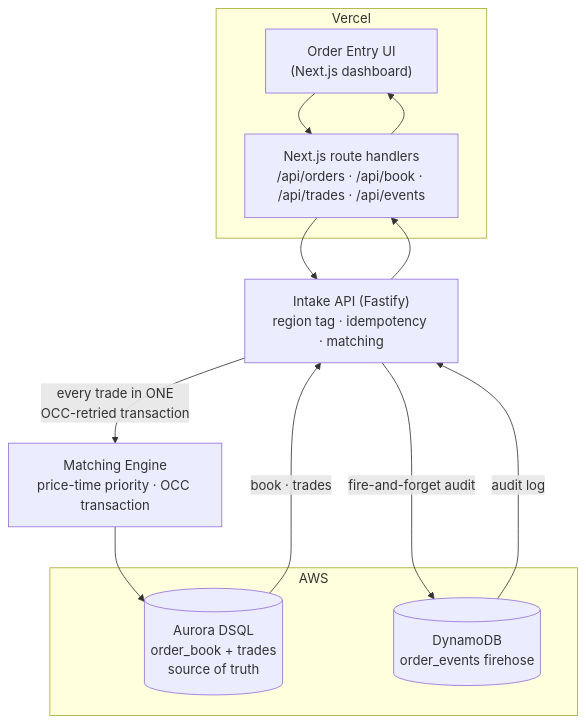
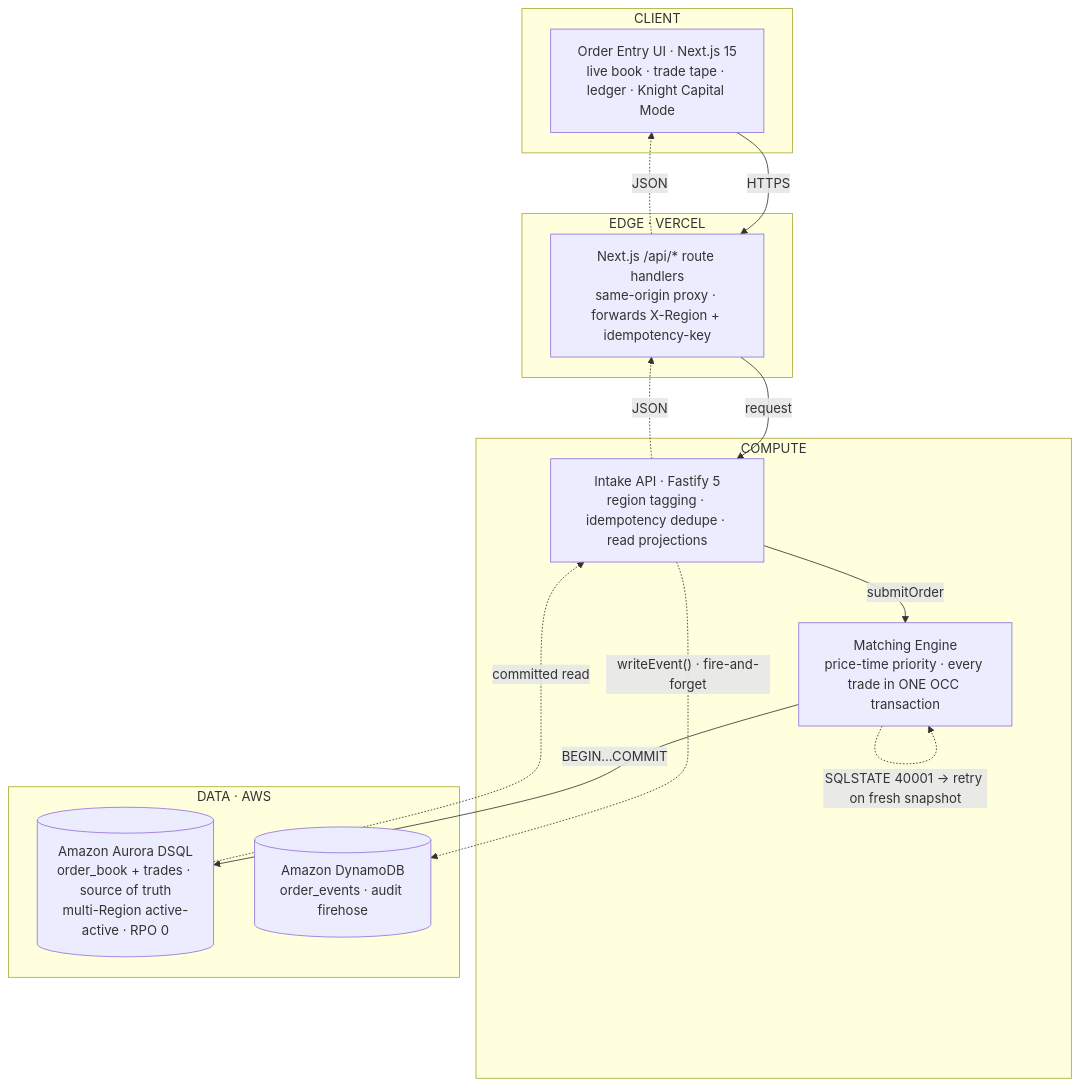
The diagram in docs/ARCHITECTURE.md (Unknown1502/axiom-exchange-core), drawn with Mermaid before and after one commit. The commit also changed other lines of this file and 15 other files, not shown here.

````diff
--- a/docs/ARCHITECTURE.md
+++ b/docs/ARCHITECTURE.md
@@ -9,20 +13,28 @@
 ```mermaid
 flowchart TD
-  UI["Order Entry UI<br/>(Next.js dashboard)"]
-  subgraph Vercel["Vercel"]
-    UI
-    PROXY["Next.js route handlers<br/>/api/orders · /api/book · /api/trades · /api/events"]
-  end
-  API["Intake API (Fastify)<br/>region tag · idempotency · matching"]
-  ENGINE["Matching Engine<br/>price-time priority · OCC transaction"]
-  subgraph AWS["AWS"]
-    DSQL[("Aurora DSQL<br/>order_book + trades<br/>source of truth")]
-    DDB[("DynamoDB<br/>order_events firehose")]
+  subgraph Client["CLIENT"]
+    UI["Order Entry UI · Next.js 15<br/>live book · trade tape · ledger · Knight Capital Mode"]
   end
 
-  UI --> PROXY --> API
-  API -->|"every trade in ONE<br/>OCC-retried transaction"| ENGINE --> DSQL
-  API -->|"fire-and-forget audit"| DDB
-  DSQL -->|book · trades| API --> PROXY --> UI
-  DDB -->|audit log| API
+  subgraph Vercel["EDGE · VERCEL"]
+    PROXY["Next.js /api/* route handlers<br/>same-origin proxy · forwards X-Region + idempotency-key"]
+  end
+
+  subgraph Compute["COMPUTE"]
+    API["Intake API · Fastify 5<br/>region tagging · idempotency dedupe · read projections"]
+    ENGINE["Matching Engine<br/>price-time priority · every trade in ONE OCC transaction"]
+  end
+
+  subgraph AWS["DATA · AWS"]
+    DSQL[("Amazon Aurora DSQL<br/>order_book + trades · source of truth<br/>multi-Region active-active · RPO 0")]
+    DDB[("Amazon DynamoDB<br/>order_events · audit firehose")]
+  end
+
+  UI -->|HTTPS| PROXY -->|request| API
+  API -->|submitOrder| ENGINE
+  ENGINE -->|"BEGIN…COMMIT"| DSQL
+  ENGINE -. "SQLSTATE 40001 → retry on fresh snapshot" .-> ENGINE
+  API -. "writeEvent() · fire-and-forget" .-> DDB
+  DSQL -. "committed read" .-> API
+  API -. JSON .-> PROXY -. JSON .-> UI
 ```
````
